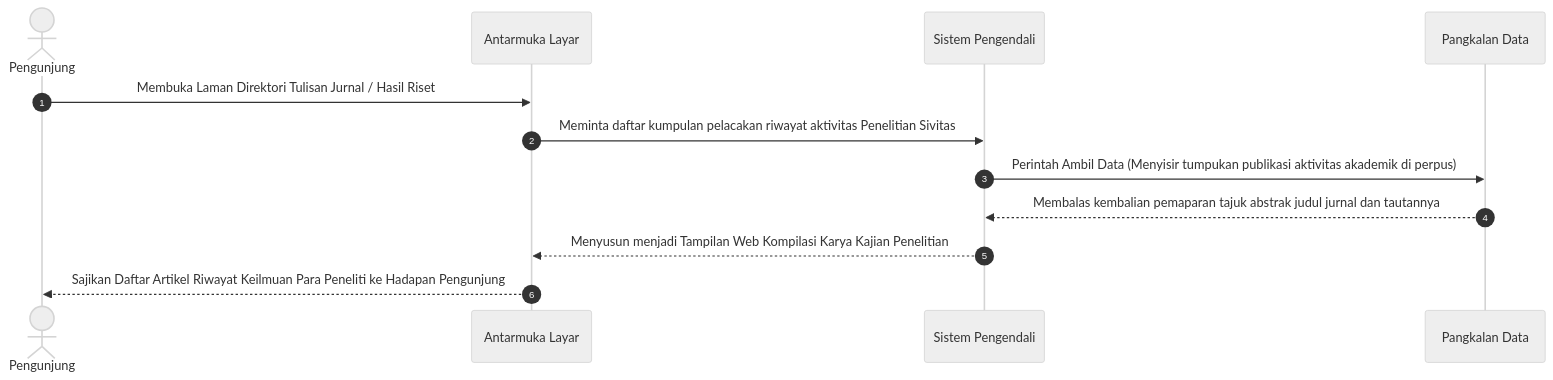
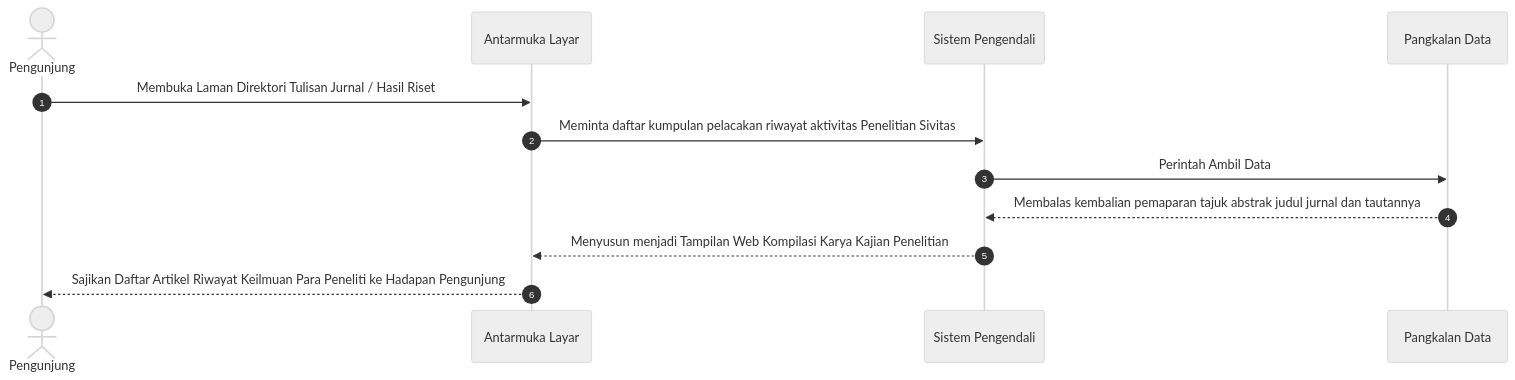
One commit to arbain-dev/Web_fikom changed diagram 17 of 39 in docs/02_DIAGRAM_URUTAN_SEQUENCE.md. Above: the diagram before and after it, drawn with Mermaid (neutral theme). The commit also changed other lines of this file, not shown here.

````diff
--- a/docs/02_DIAGRAM_URUTAN_SEQUENCE.md
+++ b/docs/02_DIAGRAM_URUTAN_SEQUENCE.md
@@ -405,17 +405,17 @@
 ```mermaid
 sequenceDiagram
     autonumber
     actor User as Pengunjung
     participant Frontend as Antarmuka Layar
     participant Backend as Sistem Pengendali
     participant Database as Pangkalan Data
 
     User->>Frontend: Membuka Laman Direktori Tulisan Jurnal / Hasil Riset
     Frontend->>Backend: Meminta daftar kumpulan pelacakan riwayat aktivitas Penelitian Sivitas
     
-    Backend->>Database: Perintah Ambil Data (Menyisir tumpukan publikasi aktivitas akademik di perpus)
+    Backend->>Database: Perintah Ambil Data
     Database-->>Backend: Membalas kembalian pemaparan tajuk abstrak judul jurnal dan tautannya
     
     Backend-->>Frontend: Menyusun menjadi Tampilan Web Kompilasi Karya Kajian Penelitian
     Frontend-->>User: Sajikan Daftar Artikel Riwayat Keilmuan Para Peneliti ke Hadapan Pengunjung
 ```
````
